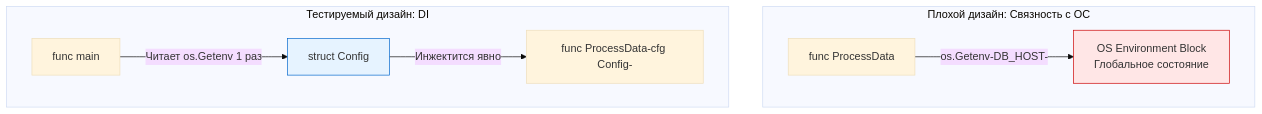
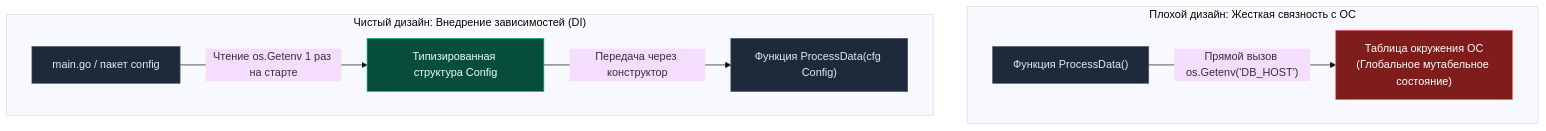
One commit to UnrealTemplier/go-textbook changed the diagram in sources/15. Тестирование в Go (QA & Testing)/02. testing пакет/9. Environment variables в тестах.md. Above: the diagram before and after it, drawn with Mermaid (base theme). The commit also changed other lines of this file, not shown here.

Commit message:
feat(module-15): editorial rewrite of lecture 9 (Environment variables в тестах) in Subsection 2 in Kernighan style

````diff
--- a/sources/15. Тестирование в Go (QA & Testing)/02. testing пакет/9. Environment variables в тестах.md
+++ b/sources/15. Тестирование в Go (QA & Testing)/02. testing пакет/9. Environment variables в тестах.md
@@ -92,14 +108,19 @@
 ```mermaid
 flowchart TD
-    subgraph Bad["Плохой дизайн: Связность с ОС"]
-        App1["func ProcessData"] -->|"os.Getenv-DB_HOST-"| OS["OS Environment Block<br>Глобальное состояние"]
+    subgraph Bad["Плохой дизайн: Жесткая связность с ОС"]
+        App1["Функция ProcessData()"] -->|"Прямой вызов os.Getenv('DB_HOST')"| OS["Таблица окружения ОС<br/>(Глобальное мутабельное состояние)"]
     end
     
-    subgraph Good["Тестируемый дизайн: DI"]
-        Main["func main"] -->|"Читает os.Getenv 1 раз"| Config["struct Config"]
-        Config -->|"Инжектится явно"| App2["func ProcessData-cfg Config-"]
+    subgraph Good["Чистый дизайн: Внедрение зависимостей (DI)"]
+        Main["main.go / пакет config"] -->|"Чтение os.Getenv 1 раз на старте"| Config["Типизированная структура Config"]
+        Config -->|"Передача через конструктор"| App2["Функция ProcessData(cfg Config)"]
     end
-    
-    style OS fill:#ffe6e6,stroke:#cc0000
-    style Config fill:#e6f3ff,stroke:#0066cc
+
+    classDef bad fill:#7f1d1d,stroke:#f87171,stroke-width:1px,color:#fff;
+    classDef good fill:#064e3b,stroke:#10b981,stroke-width:1px,color:#ecfdf5;
+    classDef block fill:#1e293b,stroke:#475569,stroke-width:1px,color:#e2e8f0;
+
+    class OS bad;
+    class Config good;
+    class App1,App2,Main block;
 ```
````
